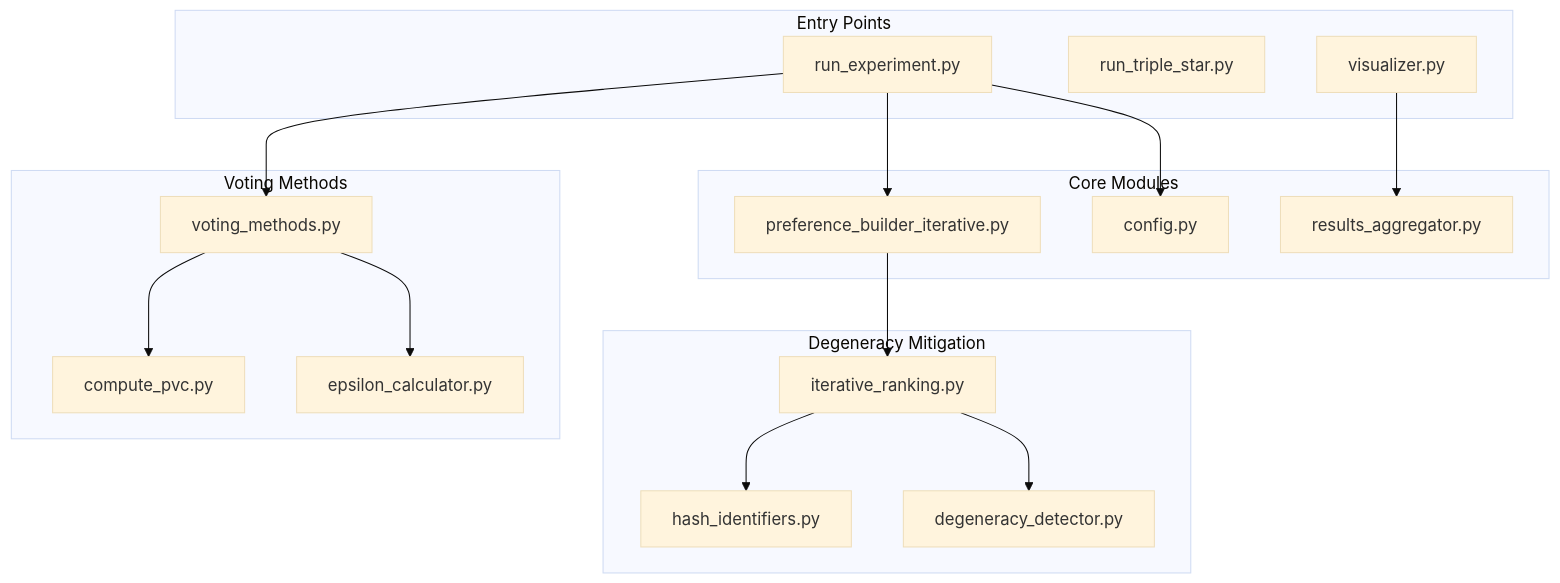
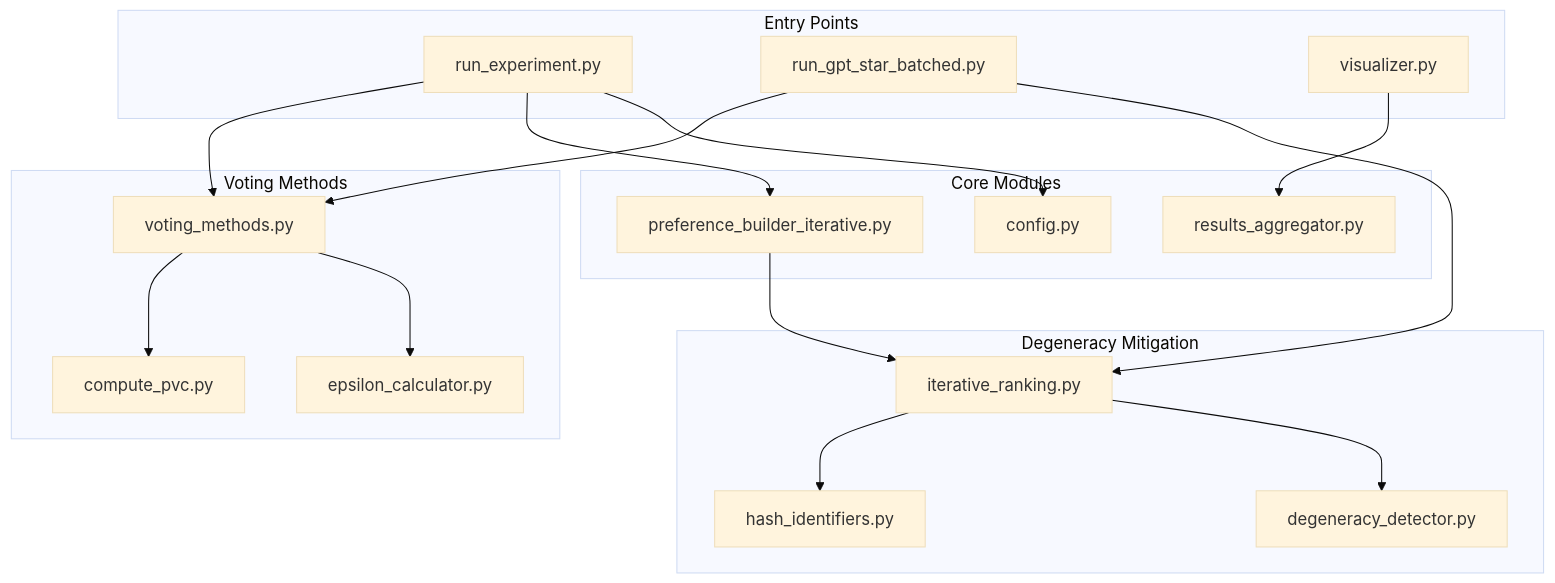
The second of 2 diagrams in README.md (jeqcho/single-winner-generative-social-choice), drawn with Mermaid (base theme) before and after one commit. The commit also changed other lines of this file and 2 other files, not shown here.

````diff
--- a/README.md
+++ b/README.md
@@ -285,36 +283,38 @@
 ```mermaid
 flowchart TD
     subgraph entry [Entry Points]
         RE[run_experiment.py]
-        RTS[run_triple_star.py]
+        RGV[run_gpt_star_batched.py]
         VIS[visualizer.py]
     end
 
     subgraph core [Core Modules]
         CFG[config.py]
         PBI[preference_builder_iterative.py]
         RA[results_aggregator.py]
     end
 
     subgraph voting [Voting Methods]
         VM[voting_methods.py]
         EC[epsilon_calculator.py]
         PVC[compute_pvc.py]
     end
 
     subgraph degen [Degeneracy Mitigation]
         IR[iterative_ranking.py]
         DD[degeneracy_detector.py]
         HI[hash_identifiers.py]
     end
 
     RE --> CFG
     RE --> PBI
     RE --> VM
+    RGV --> IR
+    RGV --> VM
     PBI --> IR
     VM --> EC
     VM --> PVC
     IR --> DD
     IR --> HI
     VIS --> RA
 ```
````
